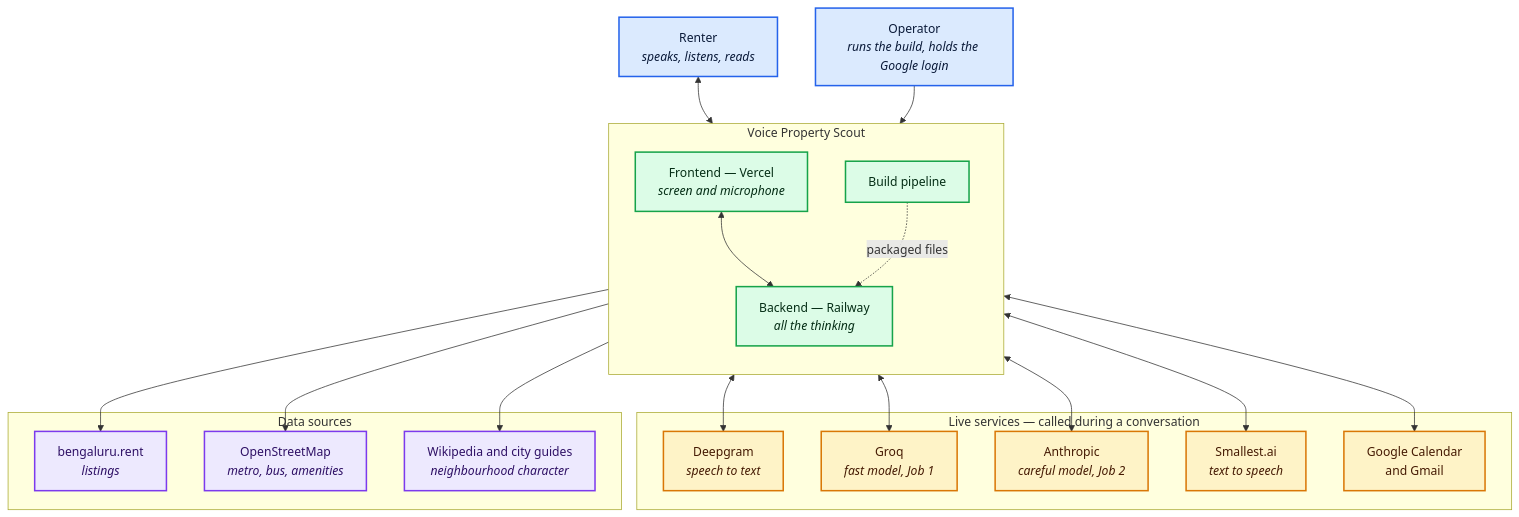
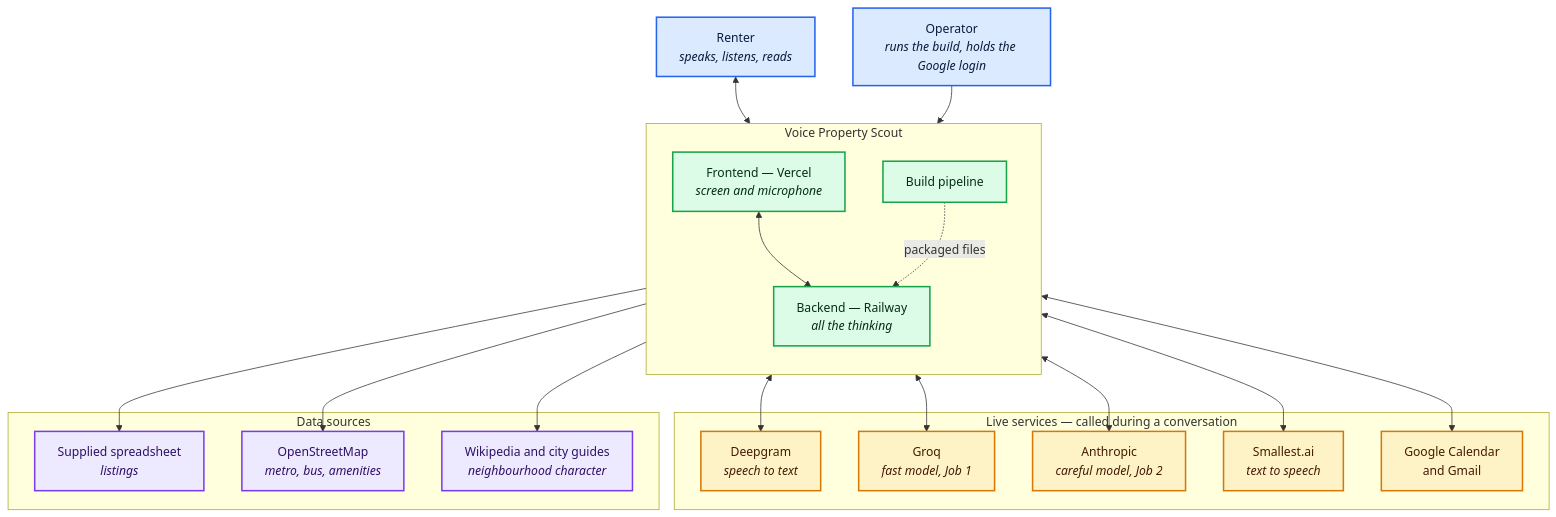
One commit to KarthikBattaram19/Capstone_Project_Next_Leap changed the first of 22 diagrams in Docs/Architecture.md. Above: the diagram before and after it, drawn with Mermaid. The commit also changed other lines of this file and 11 other files, not shown here.

First line of the commit message:
docs: switch the listing source to the supplied spreadsheet; add balconies and parking_available to the schema

````diff
--- a/Docs/Architecture.md
+++ b/Docs/Architecture.md
@@ -23,42 +23,42 @@
 ```mermaid
 flowchart TB
     T["Renter<br/><i>speaks, listens, reads</i>"]
     OP["Operator<br/><i>runs the build, holds the Google login</i>"]
 
     subgraph SYS["Voice Property Scout"]
         direction TB
         FE["Frontend — Vercel<br/><i>screen and microphone</i>"]
         BE["Backend — Railway<br/><i>all the thinking</i>"]
         BUILD["Build pipeline"]
     end
 
     subgraph LIVE["Live services — called during a conversation"]
         DG["Deepgram<br/><i>speech to text</i>"]
         GQ["Groq<br/><i>fast model, Job 1</i>"]
         AN["Anthropic<br/><i>careful model, Job 2</i>"]
         SM["Smallest.ai<br/><i>text to speech</i>"]
         GC["Google Calendar<br/>and Gmail"]
     end
 
     subgraph OFFLINE["Data sources"]
-        BR["bengaluru.rent<br/><i>listings</i>"]
+        BR["Supplied spreadsheet<br/><i>listings</i>"]
         OSM["OpenStreetMap<br/><i>metro, bus, amenities</i>"]
         WK["Wikipedia and city guides<br/><i>neighbourhood character</i>"]
     end
 
     T <--> FE
     FE <--> BE
     OP --> BUILD
     BUILD --> BR & OSM & WK
     BUILD -.->|"packaged files"| BE
     BE <--> DG & GQ & AN & SM & GC
 
     classDef person fill:#dbeafe,stroke:#2563eb,stroke-width:2px,color:#0b1b3a
     classDef ours fill:#dcfce7,stroke:#16a34a,stroke-width:2px,color:#052e16
     classDef live fill:#fef3c7,stroke:#d97706,stroke-width:2px,color:#451a03
     classDef offline fill:#ede9fe,stroke:#7c3aed,stroke-width:2px,color:#2e1065
     class T,OP person
     class FE,BE,BUILD ours
     class DG,GQ,AN,SM,GC live
     class BR,OSM,WK offline
 ```
````
